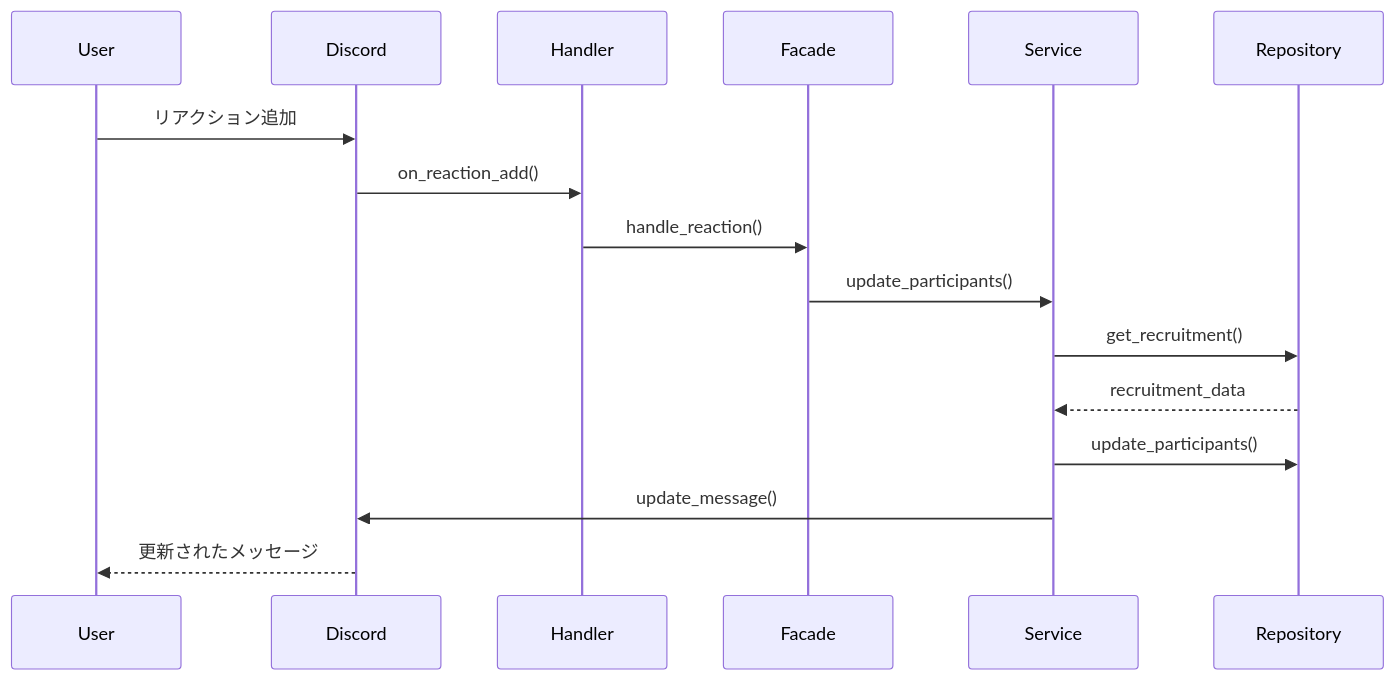
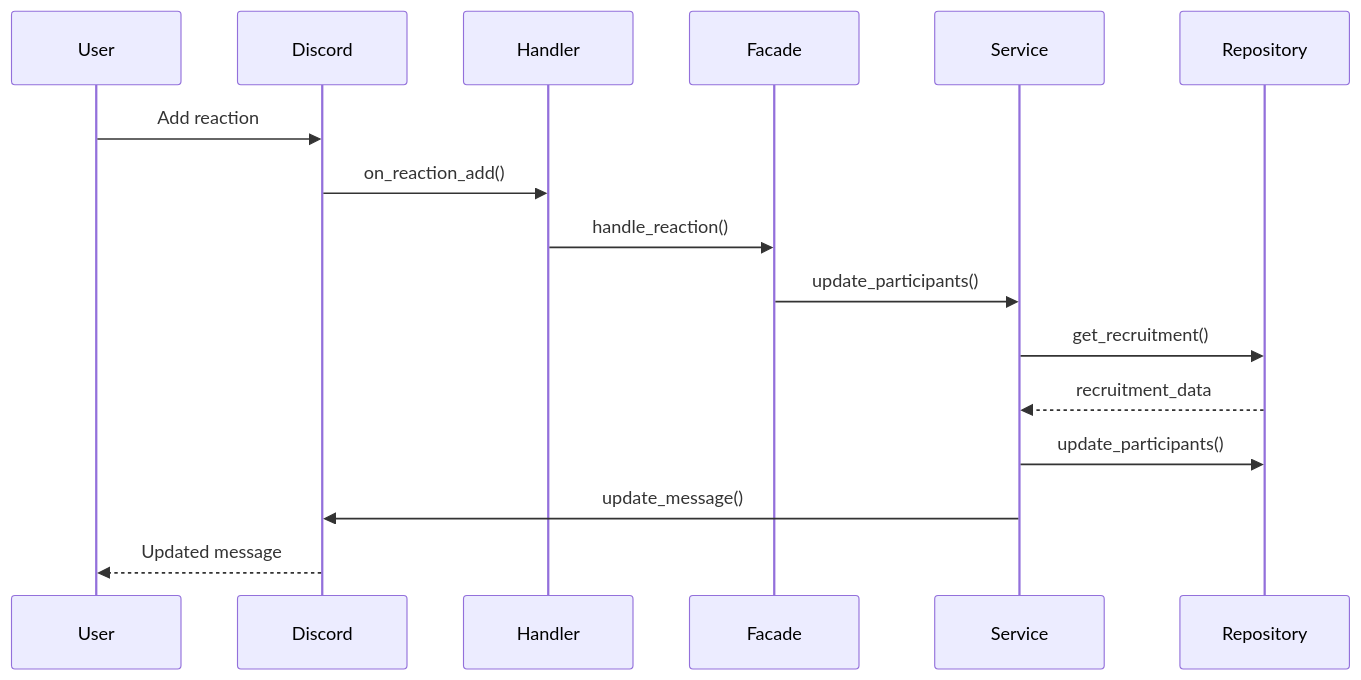
Before and after one commit to varubogu/gbf_discord_bot_rs: the third of 3 diagrams in docs/en/開発者向け/06_機能仕様/マルチ募集.md, drawn with Mermaid. The commit also changed other lines of this file and 113 other files, not shown here.

````diff
--- a/docs/en/開発者向け/06_機能仕様/マルチ募集.md
+++ b/docs/en/開発者向け/06_機能仕様/マルチ募集.md
@@ -349,19 +350,19 @@
 ```mermaid
 sequenceDiagram
     participant U as User
     participant D as Discord
     participant H as Handler
     participant F as Facade
     participant S as Service
     participant R as Repository
 
-    U->>D: リアクション追加
+    U->>D: Add reaction
     D->>H: on_reaction_add()
     H->>F: handle_reaction()
     F->>S: update_participants()
     S->>R: get_recruitment()
     R-->>S: recruitment_data
     S->>R: update_participants()
     S->>D: update_message()
-    D-->>U: 更新されたメッセージ
+    D-->>U: Updated message
 ```
````
